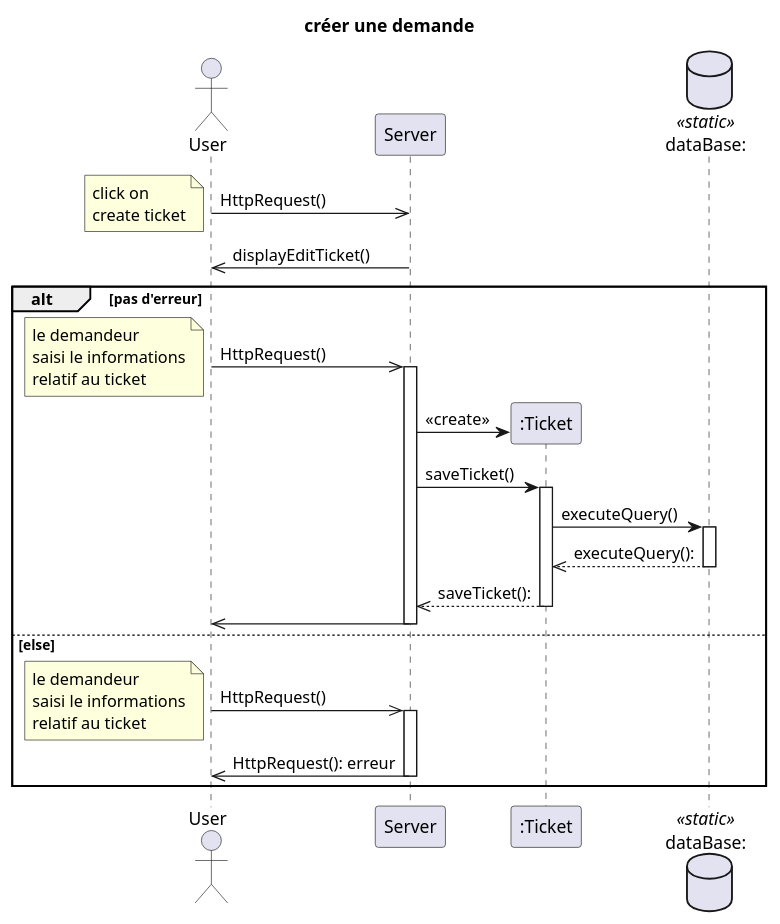
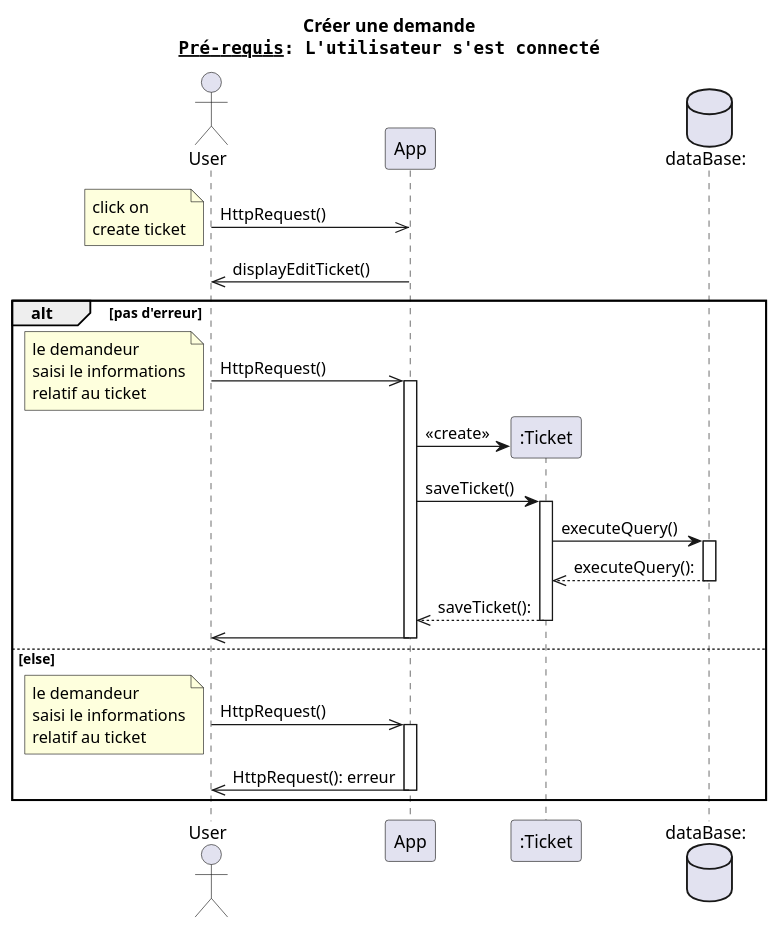
The diagram in docs/UML/diagrammes séquence/creer une demande.puml (dorianleveque/CoHub), drawn with PlantUML before and after one commit. The commit also changed 5 other files, not shown here.

```diff
--- a/docs/UML/diagrammes séquence/creer une demande.puml
+++ b/docs/UML/diagrammes séquence/creer une demande.puml
@@ -1,36 +1,37 @@
 @startuml créer une demande
-title créer une demande
+title Créer une demande\n""__Pré-requis__: L'utilisateur s'est connecté""
+
 
 actor client as "User" order 1
-participant server as "Server"   order 2
-database bdd as "dataBase:" <<static>> order 4
+participant app as "App"   order 2
+database bdd as "dataBase:" order 4
 
-client ->> server : HttpRequest()
+client ->> app : HttpRequest()
 note left : click on \ncreate ticket
-server ->> client : displayEditTicket()
+app ->> client : displayEditTicket()
 
 alt pas d'erreur
-    client ->> server : HttpRequest()
+    client ->> app : HttpRequest()
     note left : le demandeur\nsaisi le informations\nrelatif au ticket
-    activate server
+    activate app
     create ticketClass as ":Ticket" order 3
-    server -> ticketClass : <<create>>
-    server -> ticketClass : saveTicket()
+    app -> ticketClass : <<create>>
+    app -> ticketClass : saveTicket()
     activate ticketClass
     ticketClass -> bdd : executeQuery()
     activate bdd
     bdd -->> ticketClass : executeQuery():
     deactivate bdd
-    ticketClass -->> server : saveTicket():
+    ticketClass -->> app : saveTicket():
     deactivate ticketClass
-    server ->> client
-    deactivate server
+    app ->> client
+    deactivate app
 else else
-    client ->> server : HttpRequest()
+    client ->> app : HttpRequest()
     note left : le demandeur\nsaisi le informations\nrelatif au ticket
-    activate server
-    server ->> client: HttpRequest(): erreur
-    deactivate server
+    activate app
+    app ->> client: HttpRequest(): erreur
+    deactivate app
 end
 
 @enduml
```
